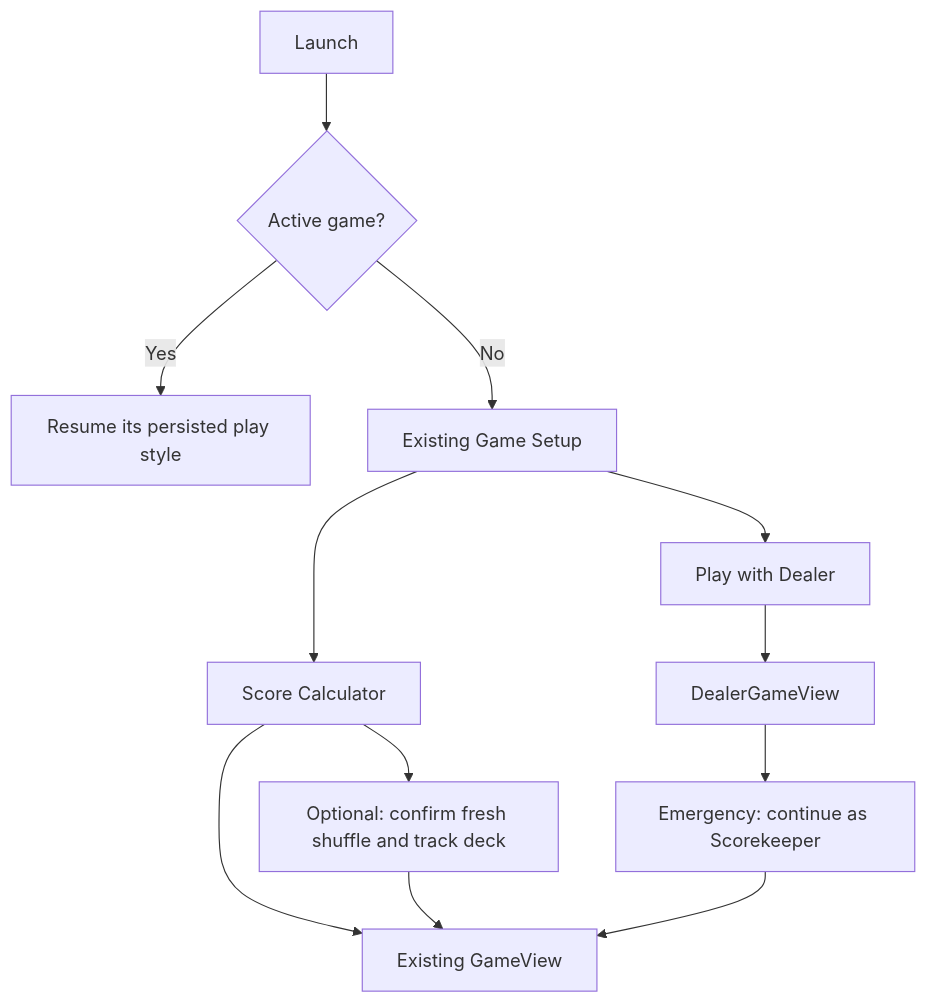
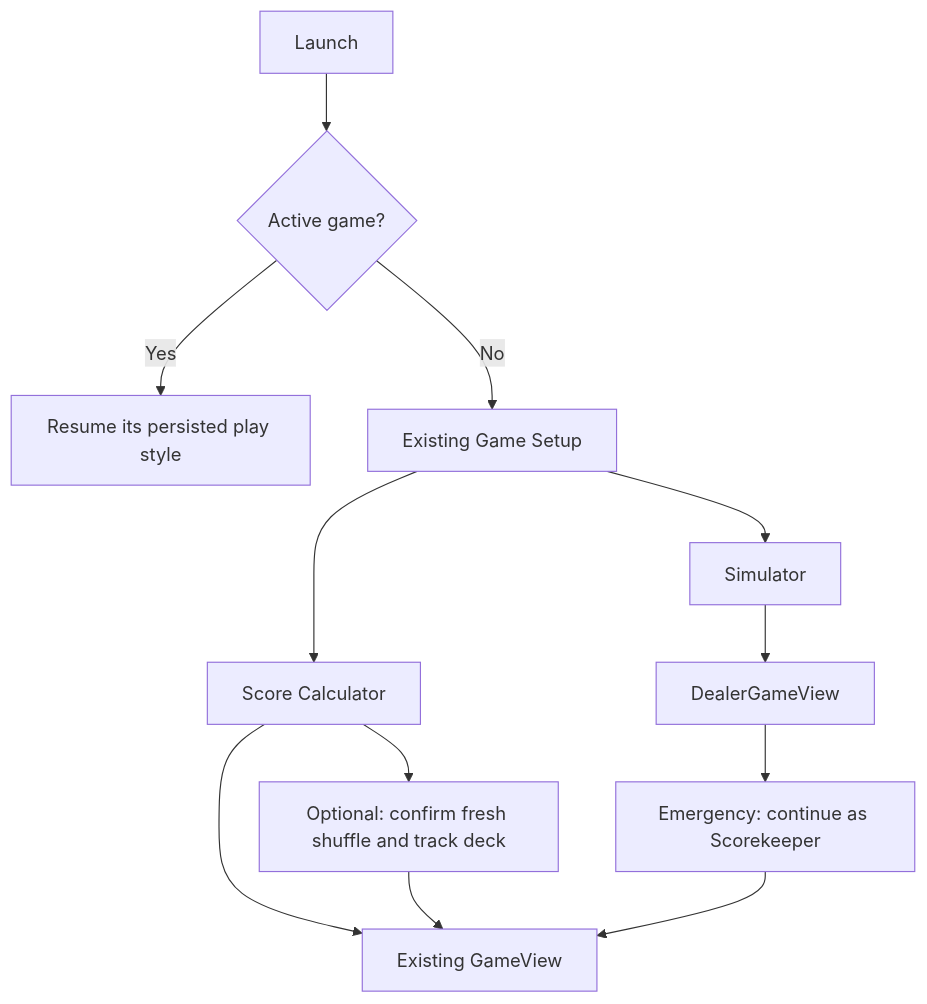
Before and after one commit to btuckerc/flip7calculator: the first of 2 diagrams in docs/live-play-and-odds-product-strategy.md, drawn with Mermaid. The commit also changed other lines of this file and 14 other files, not shown here.

````diff
--- a/docs/live-play-and-odds-product-strategy.md
+++ b/docs/live-play-and-odds-product-strategy.md
@@ -229,14 +230,14 @@
 ```mermaid
 flowchart TD
     Launch["Launch"] --> Active{"Active game?"}
     Active -->|Yes| Resume["Resume its persisted play style"]
     Active -->|No| Setup["Existing Game Setup"]
     Setup --> Score["Score Calculator"]
-    Setup --> Dealer["Play with Dealer"]
+    Setup --> Dealer["Simulator"]
     Score --> Calculator["Existing GameView"]
     Score --> Tracker["Optional: confirm fresh shuffle and track deck"]
     Tracker --> Calculator
     Dealer --> DealerView["DealerGameView"]
     DealerView --> Fallback["Emergency: continue as Scorekeeper"]
     Fallback --> Calculator
 ```
````
